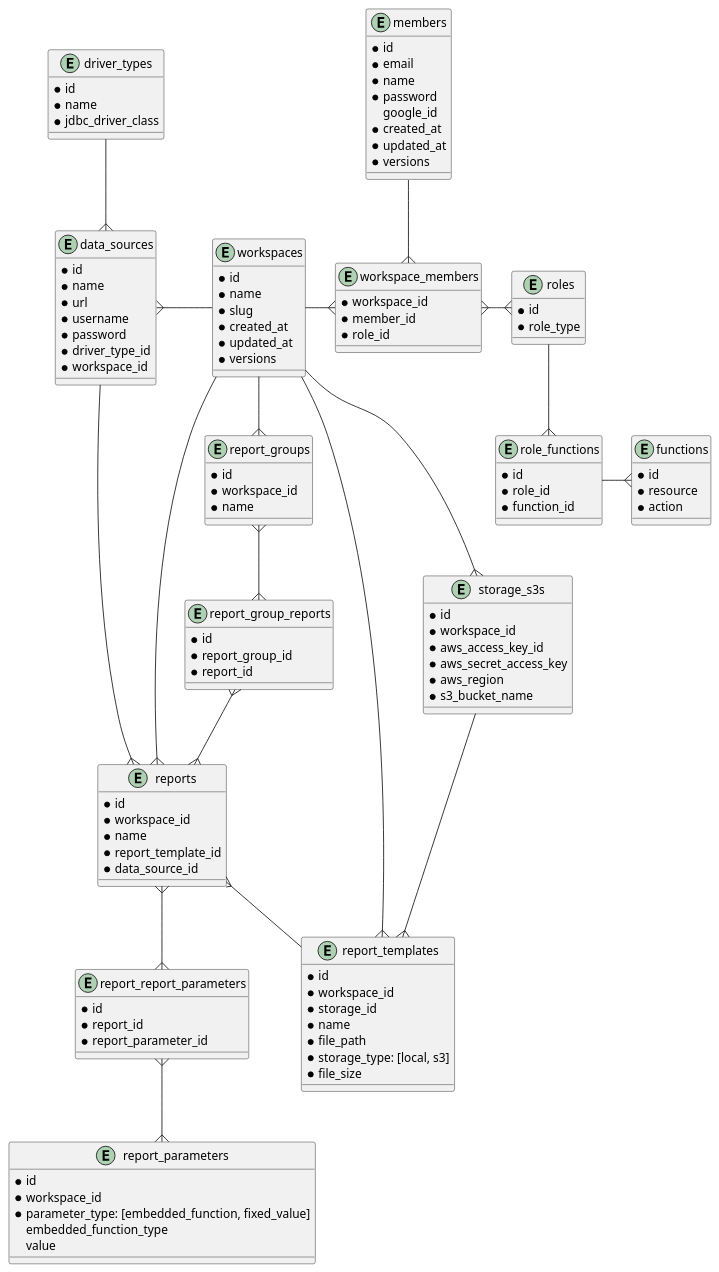
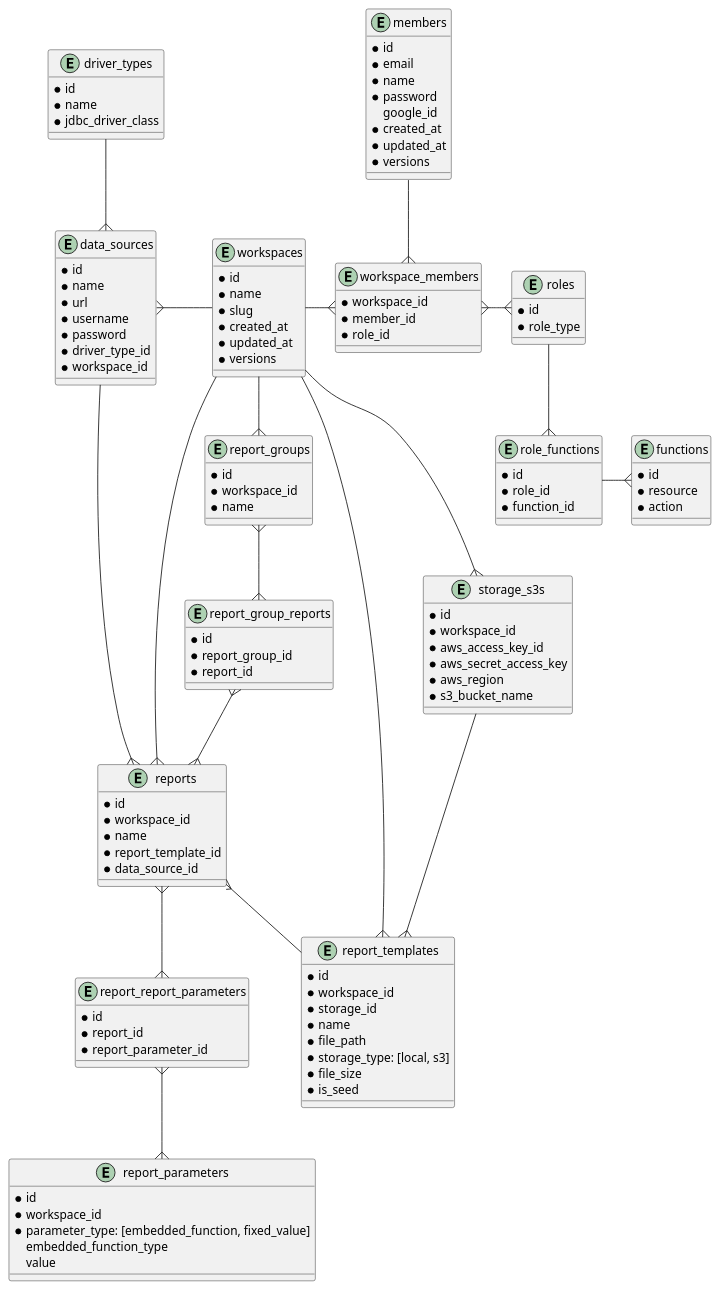
Before and after one commit to ijufumi/openreports-api: the diagram in docs/db/diagram.puml, drawn with PlantUML. The commit also changed 16 other files, not shown here.

```diff
--- a/docs/db/diagram.puml
+++ b/docs/db/diagram.puml
@@ -1,134 +1,135 @@
 @startuml
 
 entity members {
   * id
   * email
   * name
   * password
     google_id
   * created_at
   * updated_at
   * versions
 }
 
 entity workspaces {
   * id
   * name
   * slug
   * created_at
   * updated_at
   * versions
 }
 
 entity workspace_members {
   * workspace_id
   * member_id
   * role_id
 }
 
 entity roles {
   * id
   * role_type
 }
 
 entity functions {
   * id
   * resource
   * action
 }
 
 entity role_functions {
   * id
   * role_id
   * function_id
 }
 
 entity data_sources {
   * id
   * name
   * url
   * username
   * password
   * driver_type_id
   * workspace_id
 }
 
 entity driver_types {
   * id
   * name
   * jdbc_driver_class
 }
 
 entity reports {
   * id
   * workspace_id
   * name
   * report_template_id
   * data_source_id
 }
 
 entity report_templates {
   * id
   * workspace_id
   * storage_id
   * name
   * file_path
   * storage_type: [local, s3]
   * file_size
+  * is_seed
 }
 
 entity report_parameters {
   * id
   * workspace_id
   * parameter_type: [embedded_function, fixed_value]
     embedded_function_type
     value
 }
 
 entity report_report_parameters {
   * id
   * report_id
   * report_parameter_id
 }
 
 entity report_groups {
   * id
   * workspace_id
   * name
 }
 
 entity report_group_reports {
   * id
   * report_group_id
   * report_id
 }
 
 entity storage_s3s {
   * id
   * workspace_id
   * aws_access_key_id
   * aws_secret_access_key
   * aws_region
   * s3_bucket_name
 }
 
 workspaces --r{ workspace_members
 workspace_members }--u members
 workspace_members }--r{ roles
 roles --{ role_functions
 role_functions --r{ functions
 workspaces --l{ data_sources
 workspaces --{ reports
 workspaces --{ report_templates
 workspaces --{ report_groups
 reports }-- report_templates
 report_groups }--{ report_group_reports
 report_group_reports }--{ reports
 reports }--{ report_report_parameters
 report_report_parameters }--{ report_parameters
 driver_types --{ data_sources
 data_sources --{ reports
 workspaces --r{ storage_s3s
 storage_s3s --{ report_templates
 
 @enduml
```
